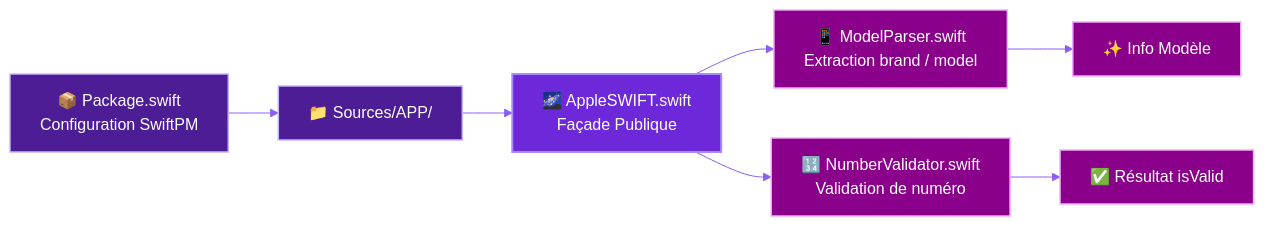
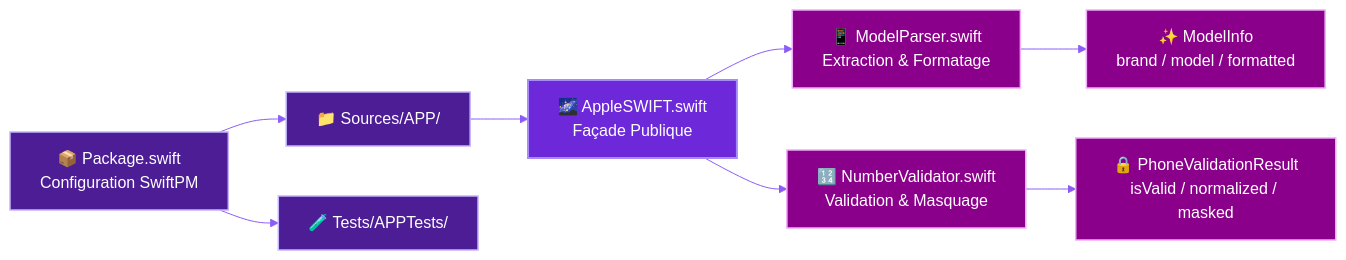
Before and after one commit to teremuhamblin/AppleSWIFT: the diagram in README.md, drawn with Mermaid. The commit also changed other lines of this file, not shown here.

````diff
--- a/README.md
+++ b/README.md
@@ -87,18 +75,19 @@
 ```mermaid
 %%{init: {'theme': 'base', 'themeVariables': {'lineColor': '#8B5CF6'}}}%%
 flowchart LR
     PKG["📦 Package.swift<br/>Configuration SwiftPM"] --> APP["📁 Sources/APP/"]
+    PKG --> TESTS["🧪 Tests/APPTests/"]
     APP --> ENTRY["🌌 AppleSWIFT.swift<br/>Façade Publique"]
-    ENTRY --> PARSER["📱 ModelParser.swift<br/>Extraction brand / model"]
-    ENTRY --> VALIDATOR["🔢 NumberValidator.swift<br/>Validation de numéro"]
-    PARSER --> OUT1["✨ Info Modèle"]
-    VALIDATOR --> OUT2["✅ Résultat isValid"]
+    ENTRY --> PARSER["📱 ModelParser.swift<br/>Extraction & Formatage"]
+    ENTRY --> VALIDATOR["🔢 NumberValidator.swift<br/>Validation & Masquage"]
+    PARSER --> OUT1["✨ ModelInfo<br/>brand / model / formatted"]
+    VALIDATOR --> OUT2["🔒 PhoneValidationResult<br/>isValid / normalized / masked"]
 
     classDef violet fill:#6D28D9,stroke:#A78BFA,stroke-width:2px,color:#FFFFFF;
     classDef darkViolet fill:#4C1D95,stroke:#C4B5FD,stroke-width:1.5px,color:#FFFFFF;
     classDef accent fill:#8B008B,stroke:#F0ABFC,stroke-width:1.5px,color:#FFFFFF;
 
-    class PKG,APP darkViolet;
+    class PKG,APP,TESTS darkViolet;
     class ENTRY violet;
     class PARSER,VALIDATOR,OUT1,OUT2 accent;
 ```
````
